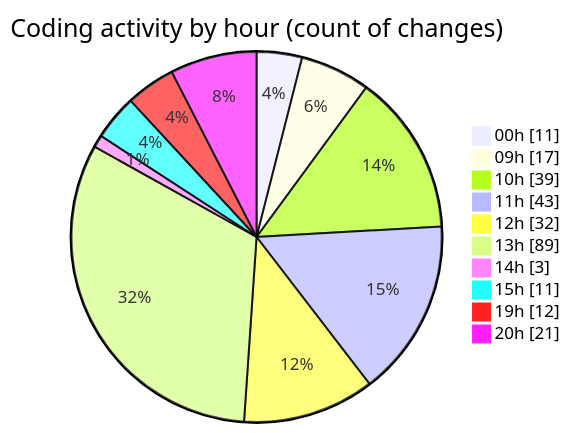
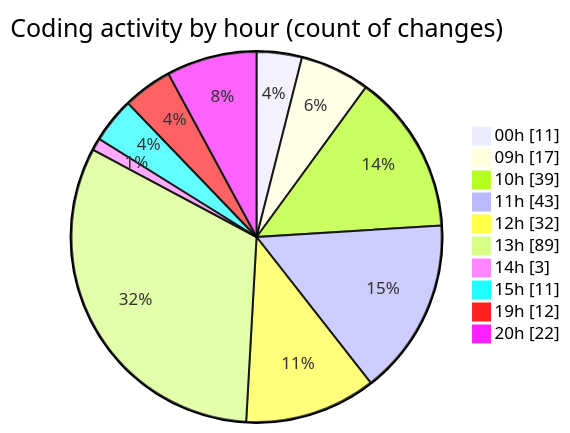
Before and after one commit to momahboobian/code-tracking: the second of 2 diagrams in 2026-09-02/cda/README.md, drawn with Mermaid. The commit also changed other lines of this file and 1 other file, not shown here.

````diff
--- a/2026-09-02/cda/README.md
+++ b/2026-09-02/cda/README.md
@@ -91,14 +91,14 @@
 ```mermaid
 pie showData
 title Coding activity by hour (count of changes)
 "00h" : 11
 "09h" : 17
 "10h" : 39
 "11h" : 43
 "12h" : 32
 "13h" : 89
 "14h" : 3
 "15h" : 11
 "19h" : 12
-"20h" : 21
+"20h" : 22
 ```
````
